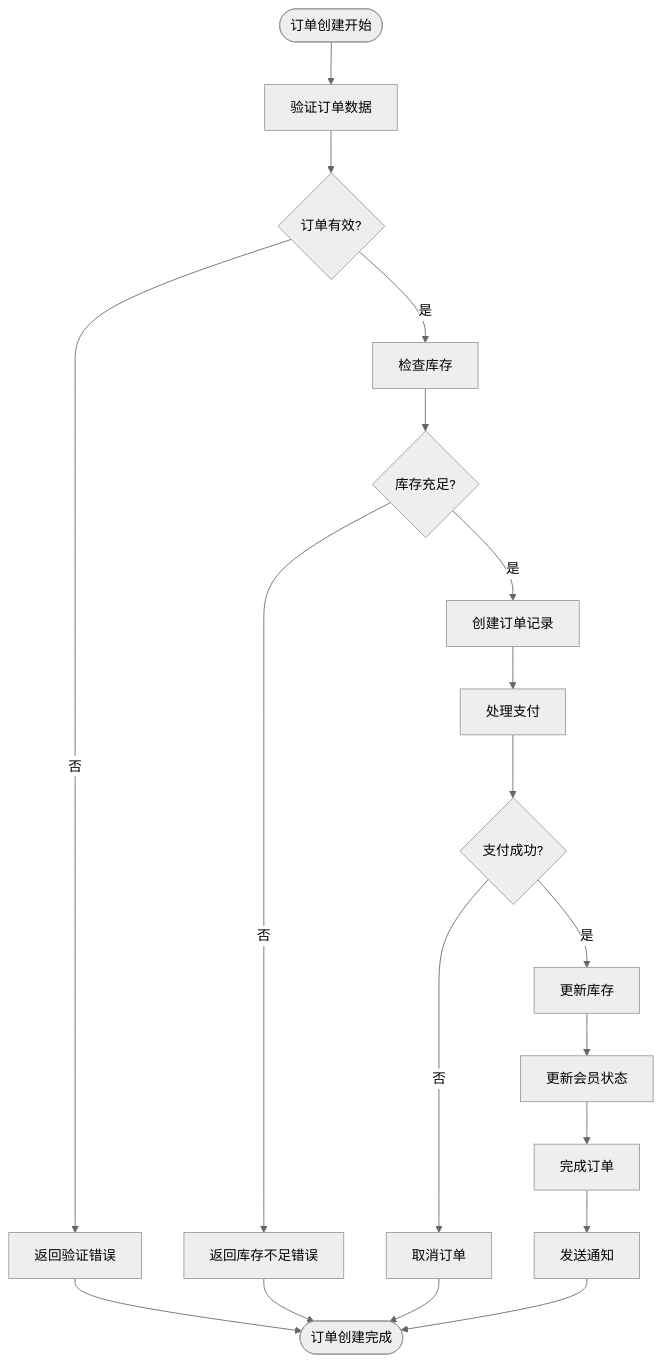
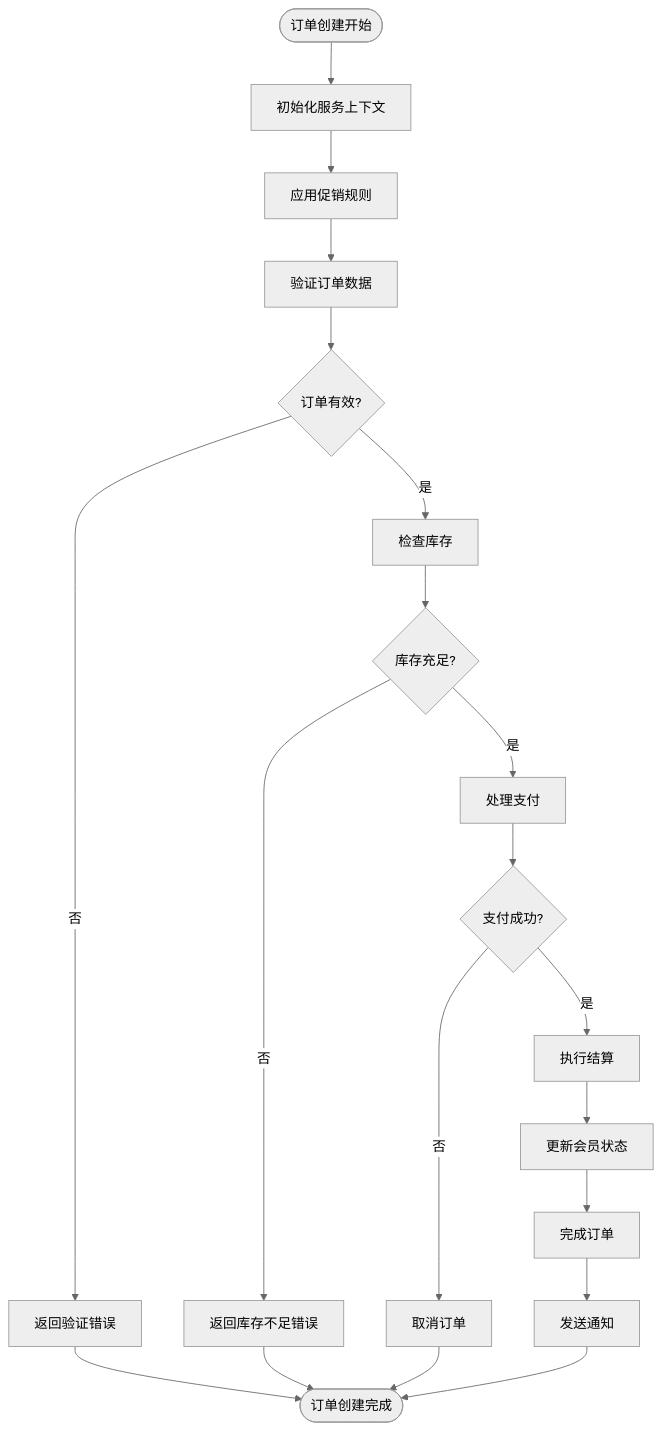
The fifth of 9 diagrams in .qoder/repowiki/zh/content/业务模块/纯俱乐部模块.md (rc558620/purelyprofit-server), drawn with Mermaid (neutral theme) before and after one commit. The commit also changed other lines of this file and 534 other files, not shown here.

````diff
--- a/.qoder/repowiki/zh/content/业务模块/纯俱乐部模块.md
+++ b/.qoder/repowiki/zh/content/业务模块/纯俱乐部模块.md
@@ -279,21 +374,22 @@
 ```mermaid
 flowchart TD
-Start([订单创建开始]) --> ValidateOrder["验证订单数据"]
+Start([订单创建开始]) --> InitContext["初始化服务上下文"]
+InitContext --> ApplyPromotions["应用促销规则"]
+ApplyPromotions --> ValidateOrder["验证订单数据"]
 ValidateOrder --> OrderValid{"订单有效?"}
 OrderValid --> |否| ReturnError["返回验证错误"]
 OrderValid --> |是| CheckInventory["检查库存"]
 CheckInventory --> InventoryOK{"库存充足?"}
 InventoryOK --> |否| ReturnStockError["返回库存不足错误"]
-InventoryOK --> |是| CreateOrder["创建订单记录"]
-CreateOrder --> ProcessPayment["处理支付"]
+InventoryOK --> |是| ProcessPayment["处理支付"]
 ProcessPayment --> PaymentSuccess{"支付成功?"}
 PaymentSuccess --> |否| CancelOrder["取消订单"]
-PaymentSuccess --> |是| UpdateInventory["更新库存"]
-UpdateInventory --> UpdateMember["更新会员状态"]
+PaymentSuccess --> |是| ExecuteSettlement["执行结算"]
+ExecuteSettlement --> UpdateMember["更新会员状态"]
 UpdateMember --> CompleteOrder["完成订单"]
 CompleteOrder --> SendNotification["发送通知"]
 SendNotification --> End([订单创建完成])
 ReturnError --> End
 ReturnStockError --> End
 CancelOrder --> End
 ```
````
